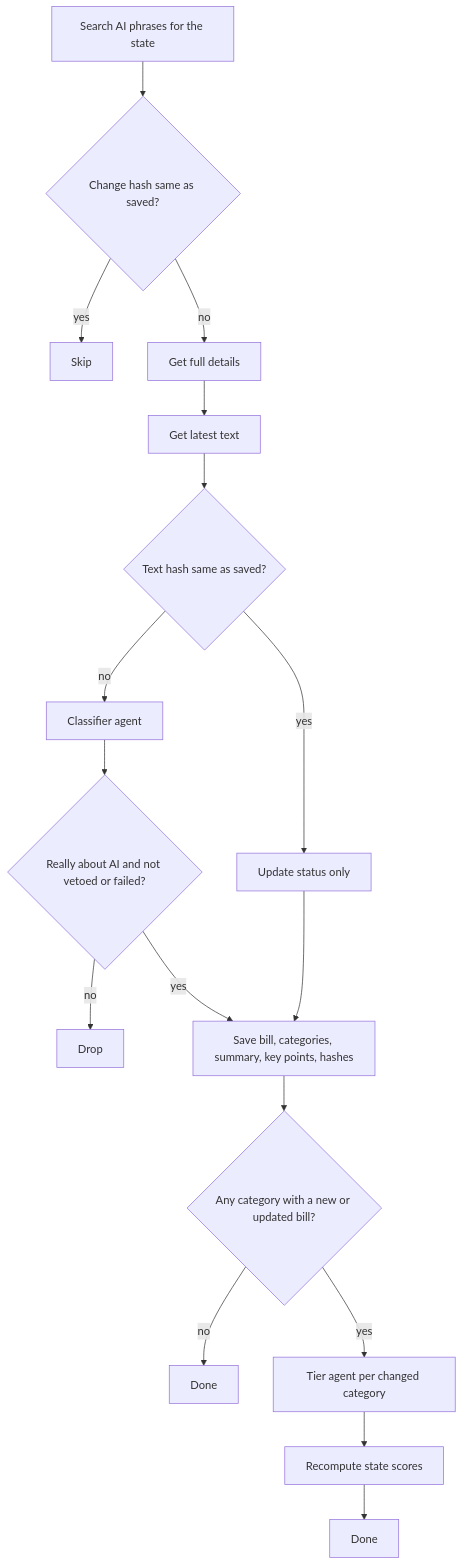
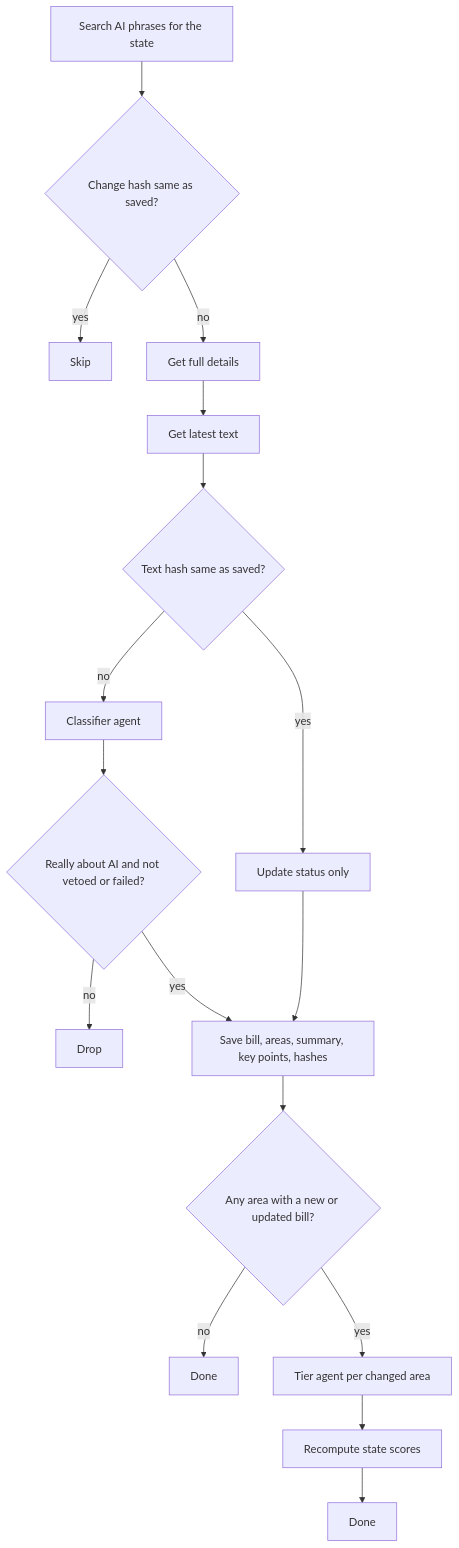
One commit to nate-fur/states-of-ai changed the second of 2 diagrams in docs/pipeline.md. Above: the diagram before and after it, drawn with Mermaid. The commit also changed other lines of this file and 22 other files, not shown here.

First line of the commit message:
Rename regulation categories to regulation areas

````diff
--- a/docs/pipeline.md
+++ b/docs/pipeline.md
@@ -45,19 +45,19 @@
 ```mermaid
 flowchart TD
   A[Search AI phrases for the state] --> H{Change hash same as saved?}
   H -- yes --> X1[Skip]
   H -- no --> D[Get full details]
   D --> TX[Get latest text]
   TX --> TH{Text hash same as saved?}
   TH -- yes --> ST[Update status only]
   TH -- no --> CL[Classifier agent]
   CL --> R{Really about AI and not vetoed or failed?}
   R -- no --> X2[Drop]
-  R -- yes --> SV[Save bill, categories, summary, key points, hashes]
+  R -- yes --> SV[Save bill, areas, summary, key points, hashes]
   ST --> SV
-  SV --> CH{Any category with a new or updated bill?}
+  SV --> CH{Any area with a new or updated bill?}
   CH -- no --> X3[Done]
-  CH -- yes --> TR[Tier agent per changed category]
+  CH -- yes --> TR[Tier agent per changed area]
   TR --> SC[Recompute state scores]
   SC --> X4[Done]
 ```
````
